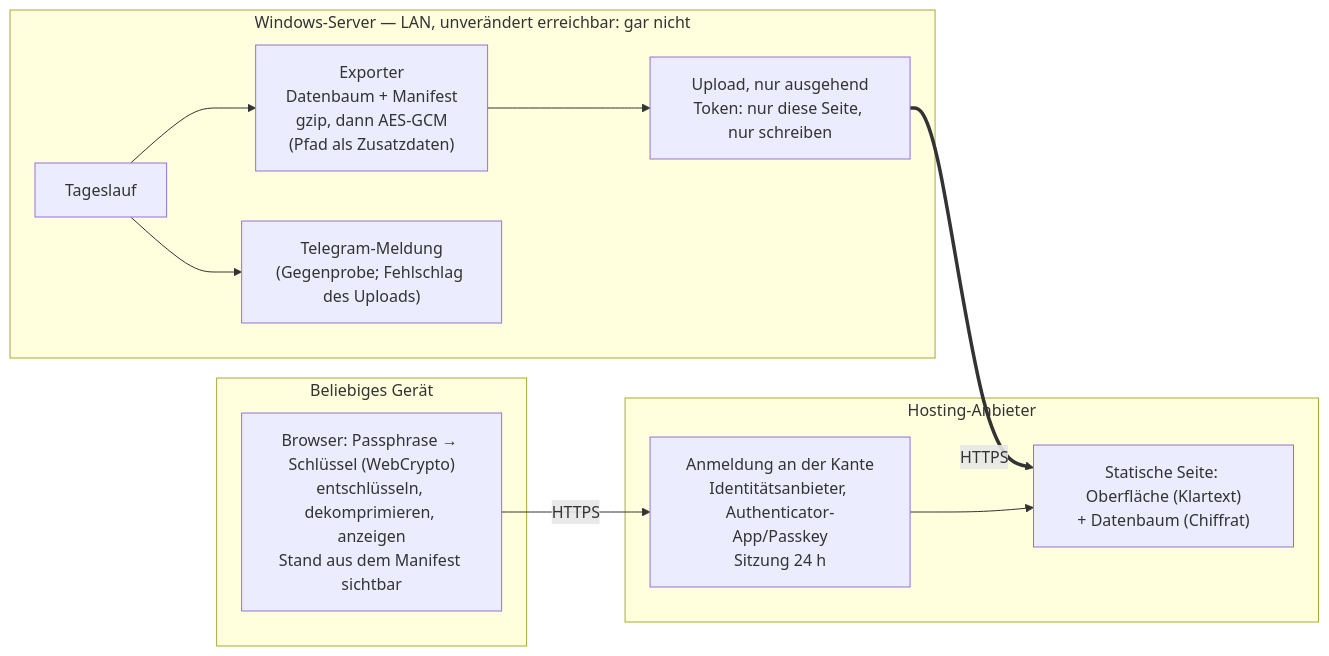
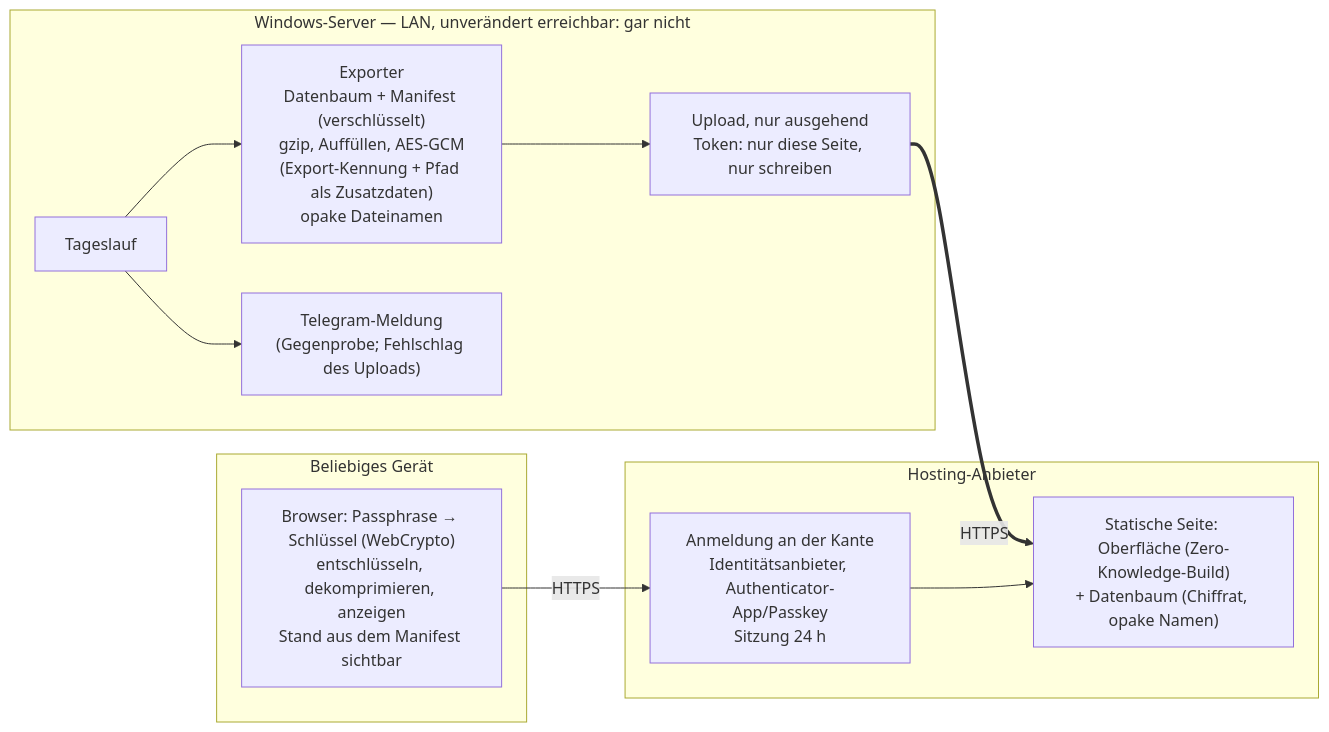
One commit to thommson92/TradingViewAnalyzer changed the second of 2 diagrams in docs/requirements/f12-externes-hosting-spike.md. Above: the diagram before and after it, drawn with Mermaid. The commit also changed other lines of this file and 2 other files, not shown here.

````diff
--- a/docs/requirements/f12-externes-hosting-spike.md
+++ b/docs/requirements/f12-externes-hosting-spike.md
@@ -928,19 +1009,19 @@
 ```mermaid
 flowchart LR
     subgraph HOST["Windows-Server — LAN, unverändert erreichbar: gar nicht"]
         RUN["Tageslauf"]
-        EXP["Exporter<br/>Datenbaum + Manifest<br/>gzip, dann AES-GCM<br/>(Pfad als Zusatzdaten)"]
+        EXP["Exporter<br/>Datenbaum + Manifest (verschlüsselt)<br/>gzip, Auffüllen, AES-GCM<br/>(Export-Kennung + Pfad als Zusatzdaten)<br/>opake Dateinamen"]
         UPL["Upload, nur ausgehend<br/>Token: nur diese Seite, nur schreiben"]
         TG["Telegram-Meldung<br/>(Gegenprobe; Fehlschlag des Uploads)"]
     end
     subgraph PROVIDER["Hosting-Anbieter"]
         EDGE["Anmeldung an der Kante<br/>Identitätsanbieter, Authenticator-App/Passkey<br/>Sitzung 24 h"]
-        SITE["Statische Seite: Oberfläche (Klartext)<br/>+ Datenbaum (Chiffrat)"]
+        SITE["Statische Seite: Oberfläche (Zero-Knowledge-Build)<br/>+ Datenbaum (Chiffrat, opake Namen)"]
     end
     subgraph DEVICE["Beliebiges Gerät"]
         BROWSER["Browser: Passphrase → Schlüssel (WebCrypto)<br/>entschlüsseln, dekomprimieren, anzeigen<br/>Stand aus dem Manifest sichtbar"]
     end
     RUN --> EXP --> UPL == "HTTPS" ==> SITE
     RUN --> TG
     BROWSER -- "HTTPS" --> EDGE --> SITE
 ```
````
